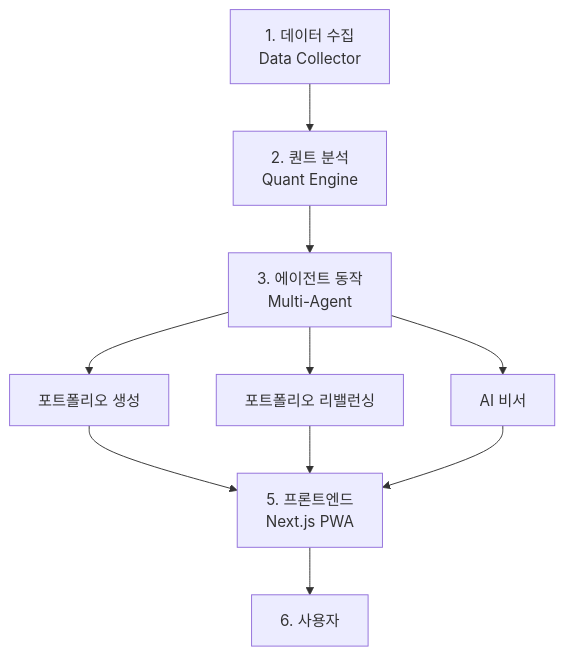
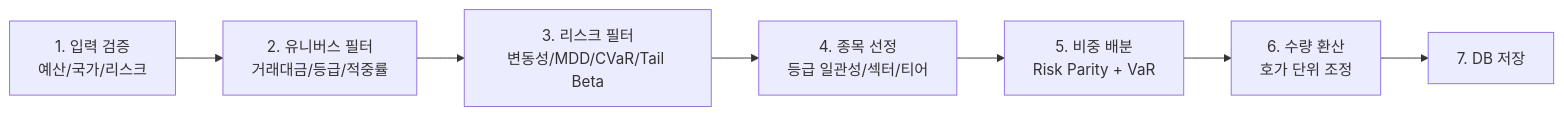
One commit to vinjung/alphafolio_overview changed the eighth of 14 diagrams in README.md. Above: the diagram before and after it, drawn with Mermaid. The commit also changed other lines of this file, not shown here.

````diff
--- a/README.md
+++ b/README.md
@@ -144,15 +479,9 @@
 ```mermaid
-flowchart TB
-    A[1. 데이터 수집<br/>Data Collector] --> B[2. 퀀트 분석<br/>Quant Engine]
-    B --> C[3. 에이전트 동작<br/>Multi-Agent]
-
-    C --> D[포트폴리오 생성]
-    C --> E[포트폴리오 리밸런싱]
-    C --> F[AI 비서]
-
-    D --> G[5. 프론트엔드<br/>Next.js PWA]
-    E --> G
-    F --> G
-
-    G --> H[6. 사용자]
+flowchart LR
+    A[1. 입력 검증<br/>예산/국가/리스크] --> B[2. 유니버스 필터<br/>거래대금/등급/적중률]
+    B --> C[3. 리스크 필터<br/>변동성/MDD/CVaR/Tail Beta]
+    C --> D[4. 종목 선정<br/>등급 일관성/섹터/티어]
+    D --> E[5. 비중 배분<br/>Risk Parity + VaR]
+    E --> F[6. 수량 환산<br/>호가 단위 조정]
+    F --> G[7. DB 저장]
 ```
````
